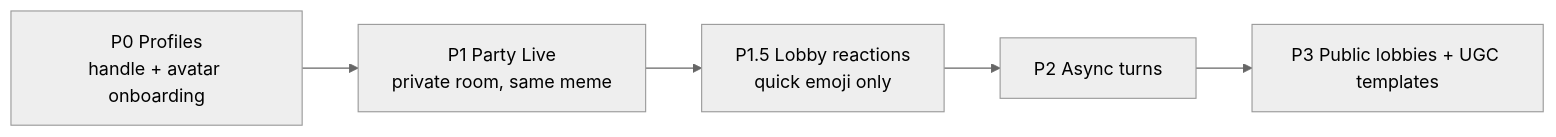
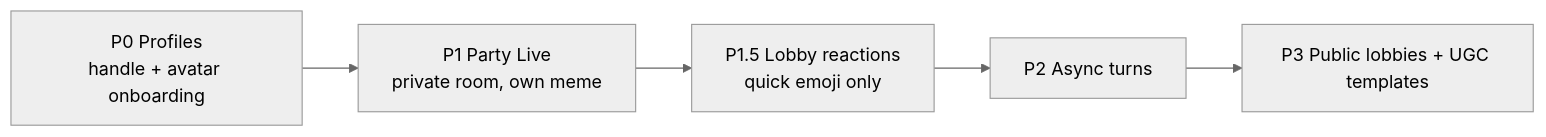
Before and after one commit to chrismaghuhn/VersusMatch: the first of 2 diagrams in docs/superpowers/specs/2026-06-03-meme-party-live-design.md, drawn with Mermaid (neutral theme). The commit also changed other lines of this file and 23 other files, not shown here.

First line of the commit message:
Ship Party P1.10 own-meme mode with per-player templates, rerolls, and two-field captions.

````diff
--- a/docs/superpowers/specs/2026-06-03-meme-party-live-design.md
+++ b/docs/superpowers/specs/2026-06-03-meme-party-live-design.md
@@ -46,9 +46,9 @@
 ```mermaid
 flowchart LR
   P0["P0 Profiles\nhandle + avatar onboarding"]
-  P1["P1 Party Live\nprivate room, same meme"]
+  P1["P1 Party Live\nprivate room, own meme"]
   P15["P1.5 Lobby reactions\nquick emoji only"]
   P2["P2 Async turns"]
   P3["P3 Public lobbies + UGC templates"]
   P0 --> P1 --> P15 --> P2 --> P3
 ```
````
